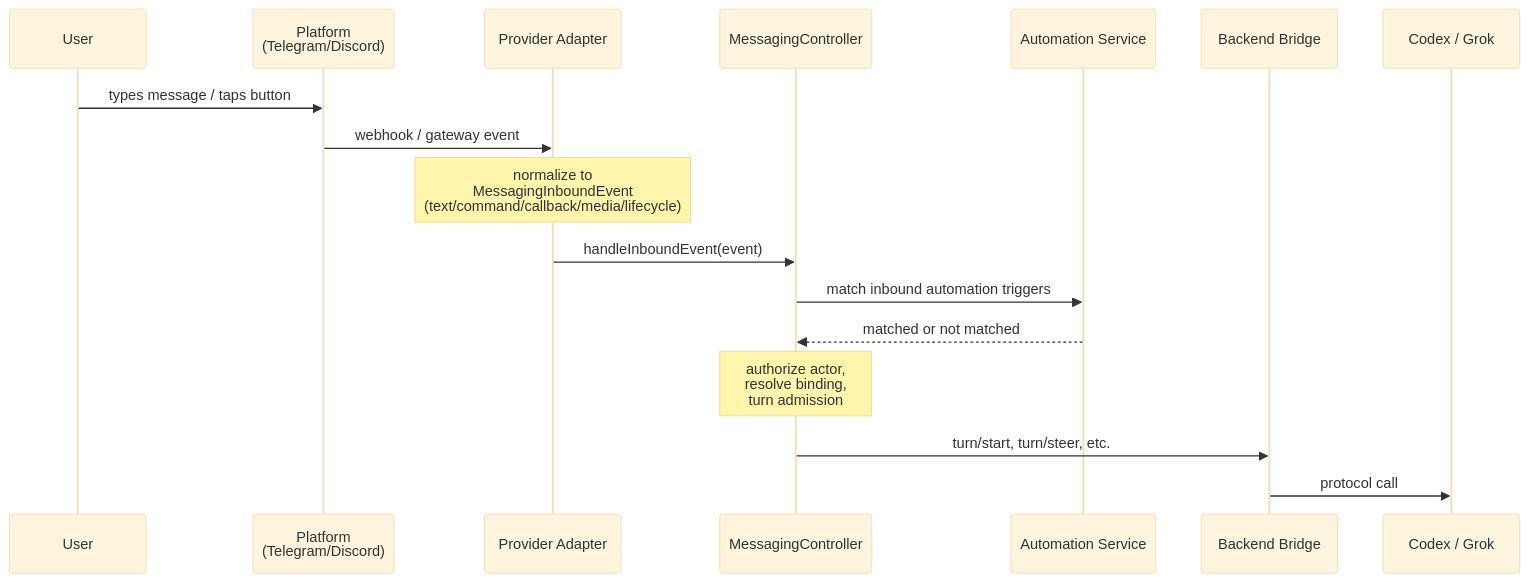
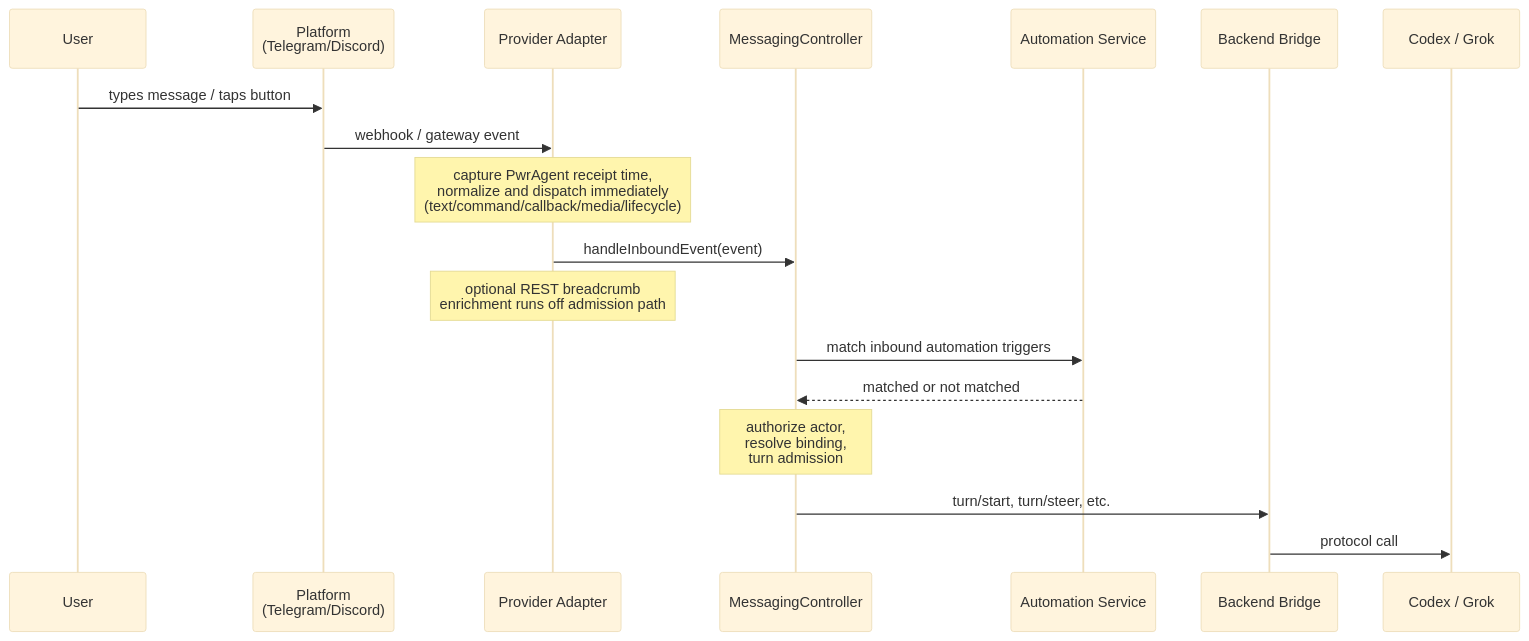
Before and after one commit to pwrdrvr/PwrAgent: the second of 5 diagrams in docs/messaging-architecture.md, drawn with Mermaid (base theme). The commit also changed 13 other files, not shown here.

````diff
--- a/docs/messaging-architecture.md
+++ b/docs/messaging-architecture.md
@@ -81,20 +81,21 @@
 ```mermaid
 sequenceDiagram
     participant User
     participant Platform as Platform<br/>(Telegram/Discord)
     participant Adapter as Provider Adapter
     participant Controller as MessagingController
     participant Automation as Automation Service
     participant Bridge as Backend Bridge
     participant Backend as Codex / Grok
 
     User->>Platform: types message / taps button
     Platform->>Adapter: webhook / gateway event
-    Note over Adapter: normalize to<br/>MessagingInboundEvent<br/>(text/command/callback/media/lifecycle)
+    Note over Adapter: capture PwrAgent receipt time,<br/>normalize and dispatch immediately<br/>(text/command/callback/media/lifecycle)
     Adapter->>Controller: handleInboundEvent(event)
+    Note over Adapter: optional REST breadcrumb<br/>enrichment runs off admission path
     Controller->>Automation: match inbound automation triggers
     Automation-->>Controller: matched or not matched
     Note over Controller: authorize actor,<br/>resolve binding,<br/>turn admission
     Controller->>Bridge: turn/start, turn/steer, etc.
     Bridge->>Backend: protocol call
 ```
````
